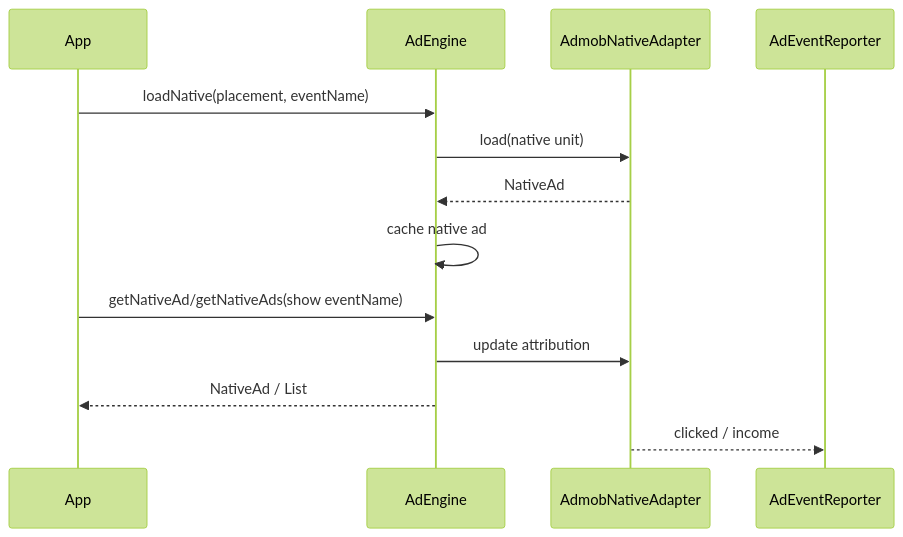
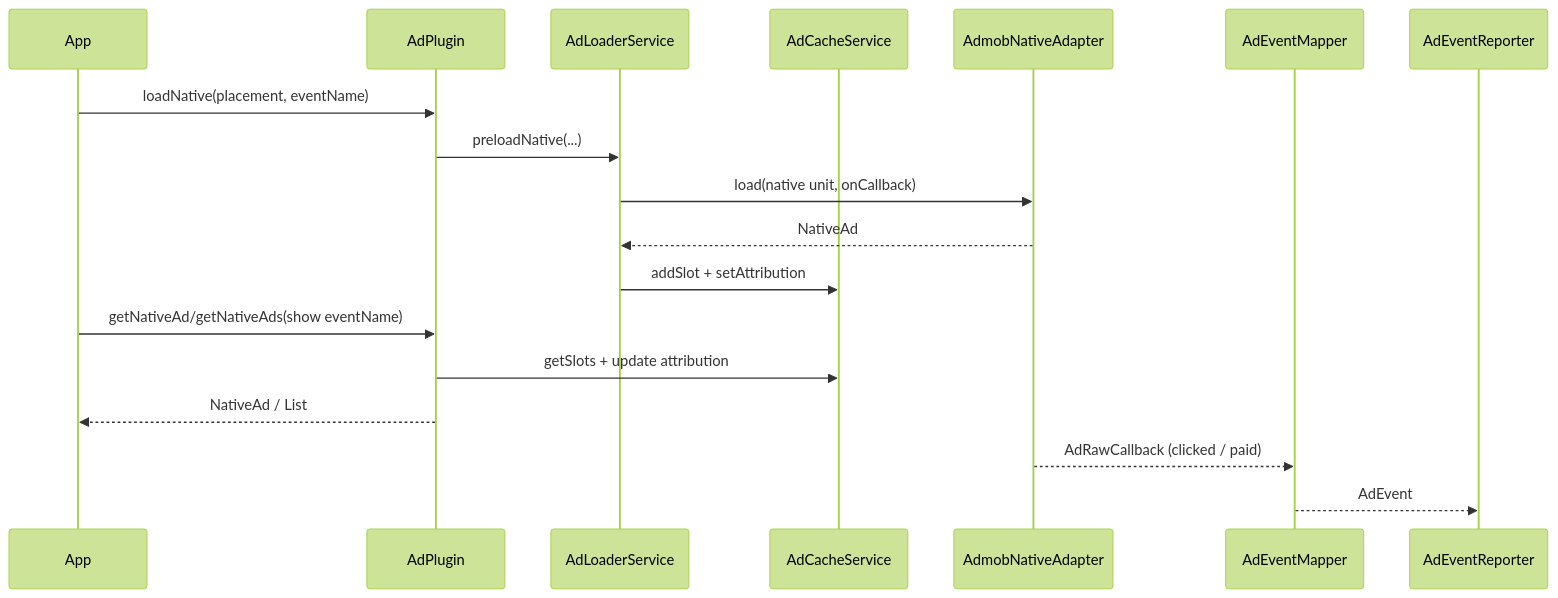
One commit to yanmingLiu/flutter_ad_plugin changed the sixth of 8 diagrams in README.md. Above: the diagram before and after it, drawn with Mermaid (forest theme). The commit also changed other lines of this file and 31 other files, not shown here.

````diff
--- a/README.md
+++ b/README.md
@@ -715,16 +765,21 @@
 ```mermaid
 sequenceDiagram
   participant App
-  participant Engine as AdEngine
+  participant Plugin as AdPlugin
+  participant Loader as AdLoaderService
+  participant Cache as AdCacheService
   participant Adapter as AdmobNativeAdapter
+  participant Mapper as AdEventMapper
   participant Reporter as AdEventReporter
 
-  App->>Engine: loadNative(placement, eventName)
-  Engine->>Adapter: load(native unit)
-  Adapter-->>Engine: NativeAd
-  Engine->>Engine: cache native ad
-  App->>Engine: getNativeAd/getNativeAds(show eventName)
-  Engine->>Adapter: update attribution
-  Engine-->>App: NativeAd / List
-  Adapter-->>Reporter: clicked / income
+  App->>Plugin: loadNative(placement, eventName)
+  Plugin->>Loader: preloadNative(...)
+  Loader->>Adapter: load(native unit, onCallback)
+  Adapter-->>Loader: NativeAd
+  Loader->>Cache: addSlot + setAttribution
+  App->>Plugin: getNativeAd/getNativeAds(show eventName)
+  Plugin->>Cache: getSlots + update attribution
+  Plugin-->>App: NativeAd / List
+  Adapter-->>Mapper: AdRawCallback (clicked / paid)
+  Mapper-->>Reporter: AdEvent
 ```
````
